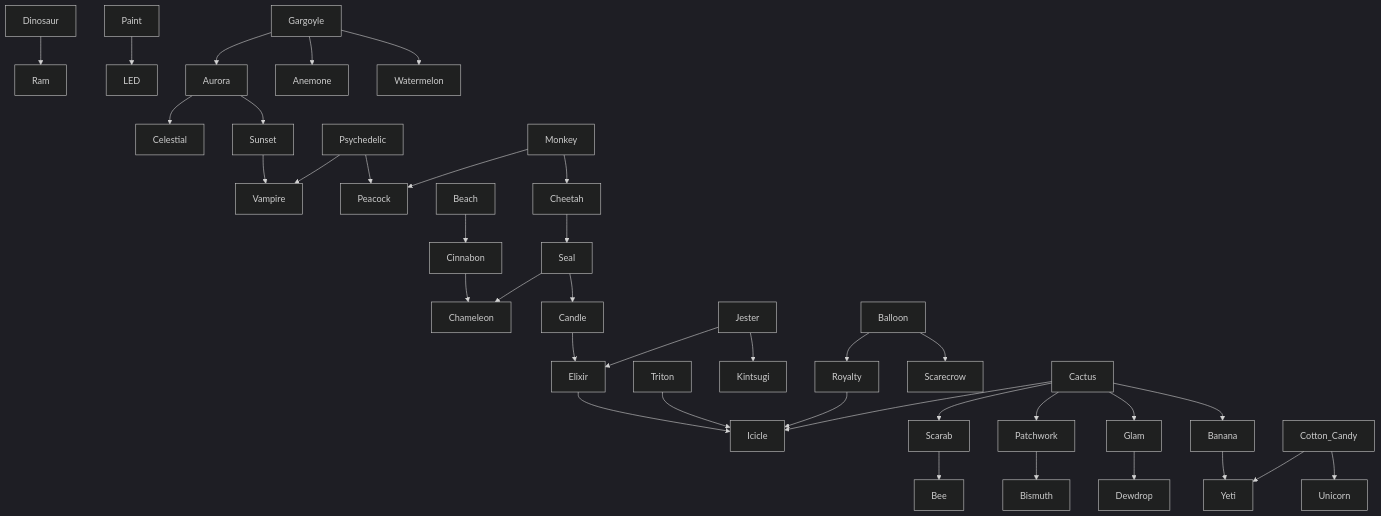
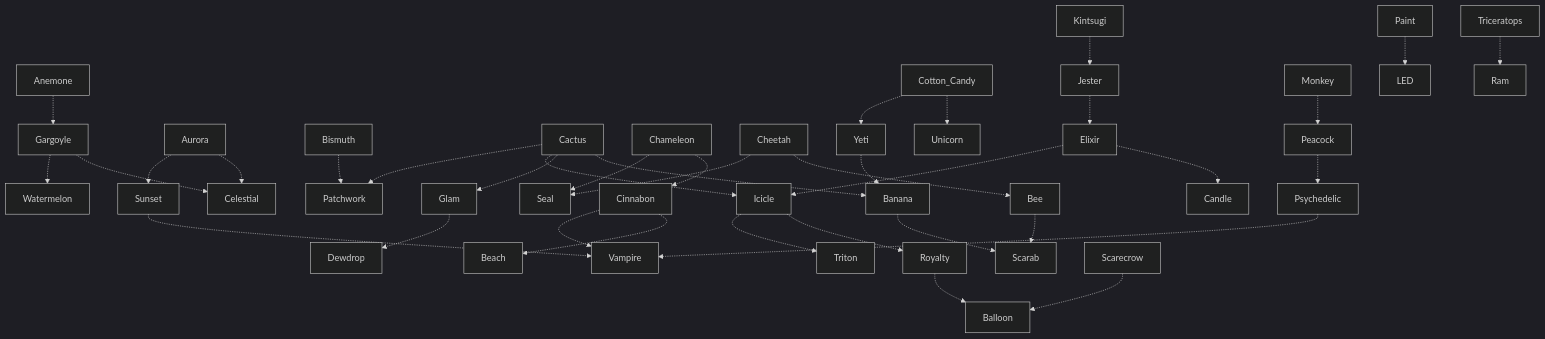
Before and after one commit to g1ddy/PeridotArchetypeFinder: the diagram in Peridot-ArchetypeTree.md, drawn with Mermaid (dark theme). The commit also changed other lines of this file and 2 other files, not shown here.

Commit message:
tweak to formatting when including peridots, untangling archetype tree

````diff
--- a/Peridot-ArchetypeTree.md
+++ b/Peridot-ArchetypeTree.md
@@ -3,40 +3,40 @@
 ```mermaid
 flowchart
 
-Dinosaur --> Ram
-Paint --> LED
-Cinnabon --> Chameleon
-Elixir --> Icicle
-Triton --> Icicle
-Candle --> Elixir
-Jester --> Elixir
-Jester --> Kintsugi
-Aurora --> Celestial
-Gargoyle --> Anemone
-Patchwork --> Bismuth
-Gargoyle --> Aurora
-Balloon --> Royalty
-Royalty --> Icicle
-Balloon --> Scarecrow
-Sunset --> Vampire
-Aurora --> Sunset
-Gargoyle --> Watermelon
-Psychedelic --> Peacock
-Cactus --> Icicle
-Cactus --> Scarab
-Cactus --> Patchwork
-Cactus --> Glam
-Glam --> Dewdrop
-Cactus --> Banana
-Banana --> Yeti
-Cotton_Candy --> Yeti
-Cotton_Candy --> Unicorn
-Seal --> Chameleon
-Cheetah --> Seal
-Scarab --> Bee
-Psychedelic --> Vampire
-Seal --> Candle
-Monkey --> Peacock
-Monkey --> Cheetah
-Beach --> Cinnabon
+Anemone -.-> Gargoyle
+Aurora -.-> Celestial
+Aurora -.-> Sunset
+Banana -.-> Scarab
+Bee -.-> Scarab
+Bismuth -.-> Patchwork
+Cactus -.-> Banana
+Cactus -.-> Glam
+Cactus -.-> Icicle
+Cactus -.-> Patchwork
+Chameleon -.-> Cinnabon
+Chameleon -.-> Seal
+Cheetah -.-> Bee
+Cheetah -.-> Seal
+Cinnabon -.-> Beach
+Cinnabon -.-> Vampire
+Cotton_Candy -.-> Unicorn
+Cotton_Candy -.-> Yeti
+Elixir -.-> Candle
+Elixir -.-> Icicle
+Gargoyle -.-> Celestial
+Gargoyle -.-> Watermelon
+Glam -.-> Dewdrop
+Icicle -.-> Royalty
+Icicle -.-> Triton
+Jester -.-> Elixir
+Kintsugi -.-> Jester
+Monkey -.-> Peacock
+Paint -.-> LED
+Peacock -.-> Psychedelic
+Psychedelic -.-> Vampire
+Royalty -.-> Balloon
+Scarecrow -.-> Balloon
+Sunset -.-> Vampire
+Triceratops -.-> Ram
+Yeti -.-> Banana
 ```
````
